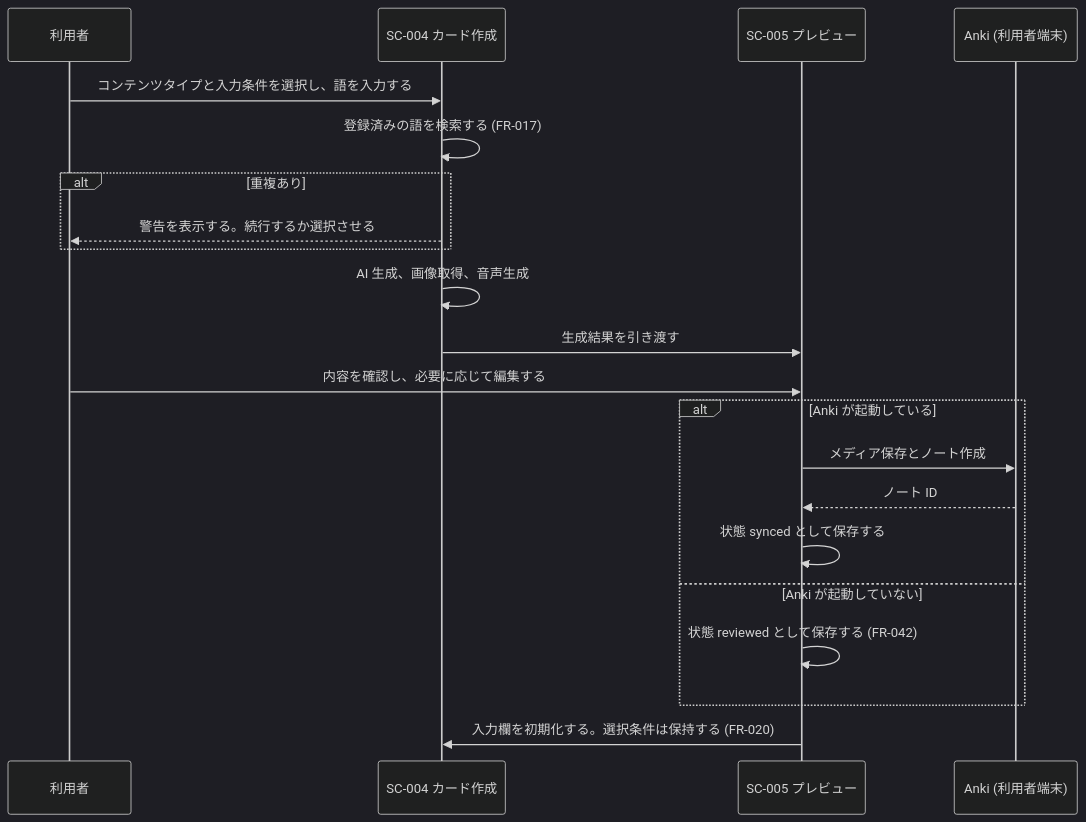
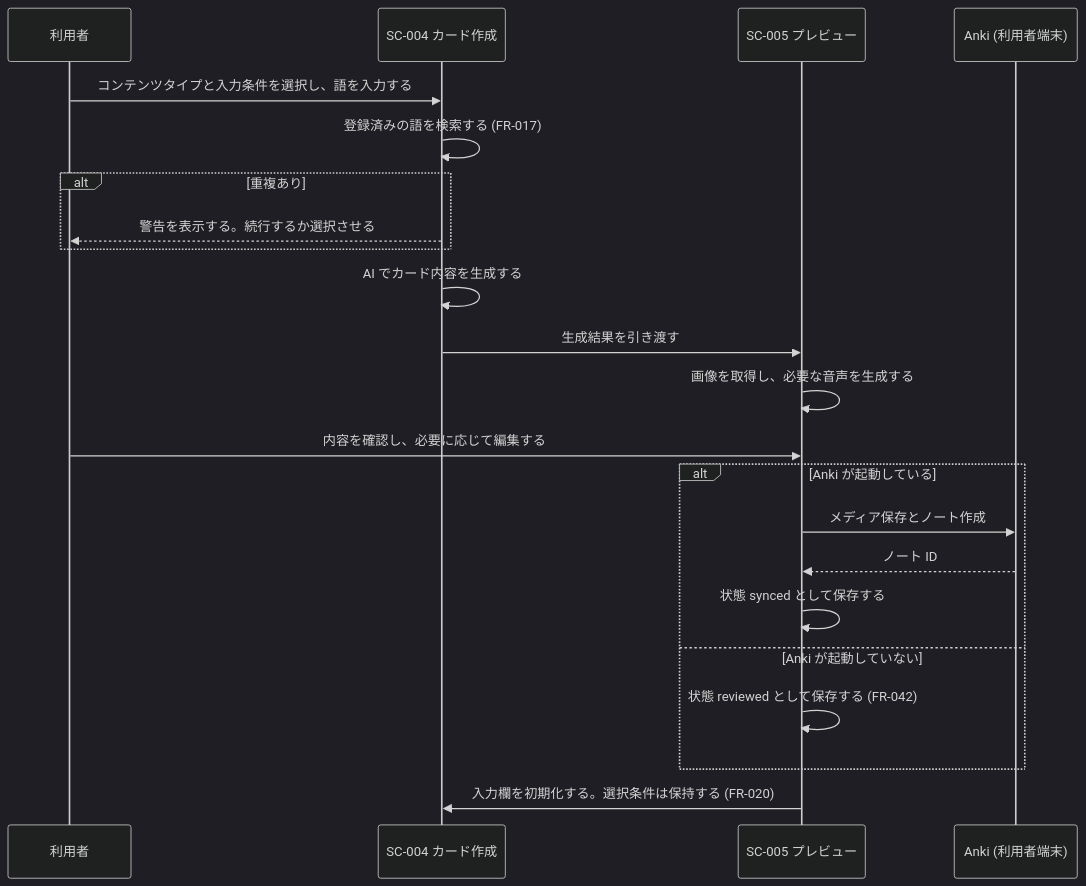
One commit to quyen-doth/ankiflow changed the second of 2 diagrams in docs/02-design/SCREENS.md. Above: the diagram before and after it, drawn with Mermaid (dark theme). The commit also changed other lines of this file and 12 other files, not shown here.

````diff
--- a/docs/02-design/SCREENS.md
+++ b/docs/02-design/SCREENS.md
@@ -97,24 +97,25 @@
 ```mermaid
 sequenceDiagram
     participant U as 利用者
     participant C as SC-004 カード作成
     participant P as SC-005 プレビュー
     participant A as Anki (利用者端末)
 
     U->>C: コンテンツタイプと入力条件を選択し、語を入力する
     C->>C: 登録済みの語を検索する (FR-017)
     alt 重複あり
         C-->>U: 警告を表示する。続行するか選択させる
     end
-    C->>C: AI 生成、画像取得、音声生成
+    C->>C: AI でカード内容を生成する
     C->>P: 生成結果を引き渡す
+    P->>P: 画像を取得し、必要な音声を生成する
     U->>P: 内容を確認し、必要に応じて編集する
     alt Anki が起動している
         P->>A: メディア保存とノート作成
         A-->>P: ノート ID
         P->>P: 状態 synced として保存する
     else Anki が起動していない
         P->>P: 状態 reviewed として保存する (FR-042)
     end
     P->>C: 入力欄を初期化する。選択条件は保持する (FR-020)
 ```
````
